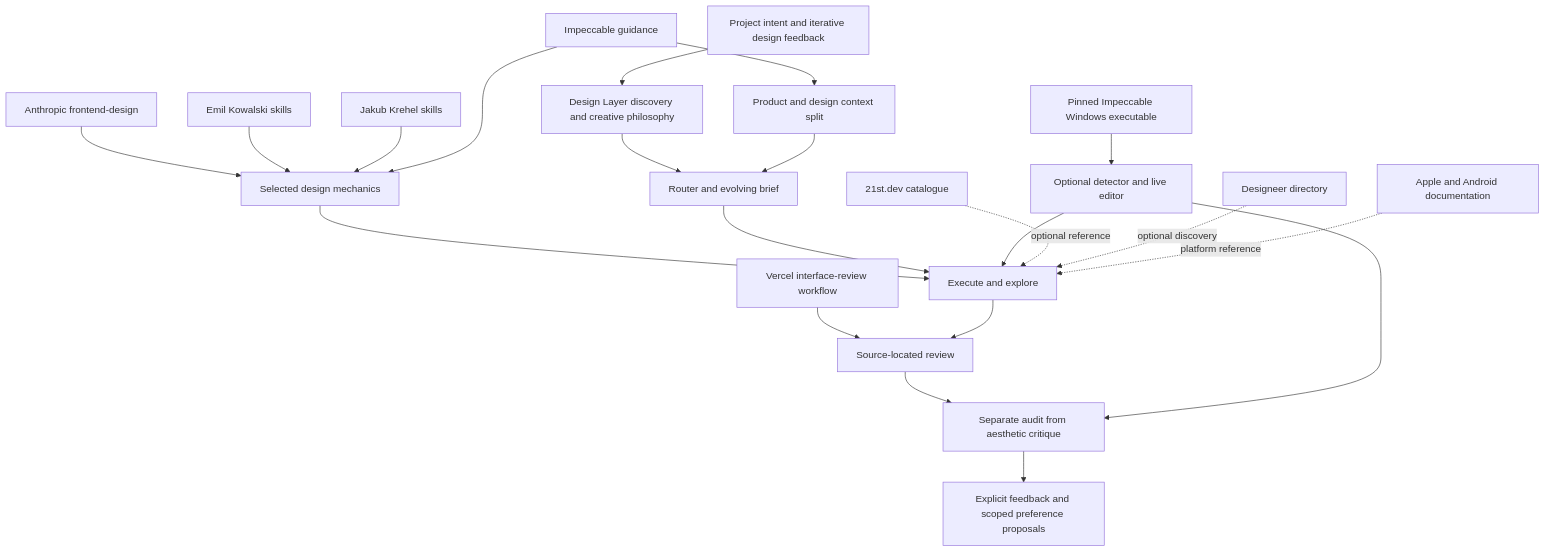
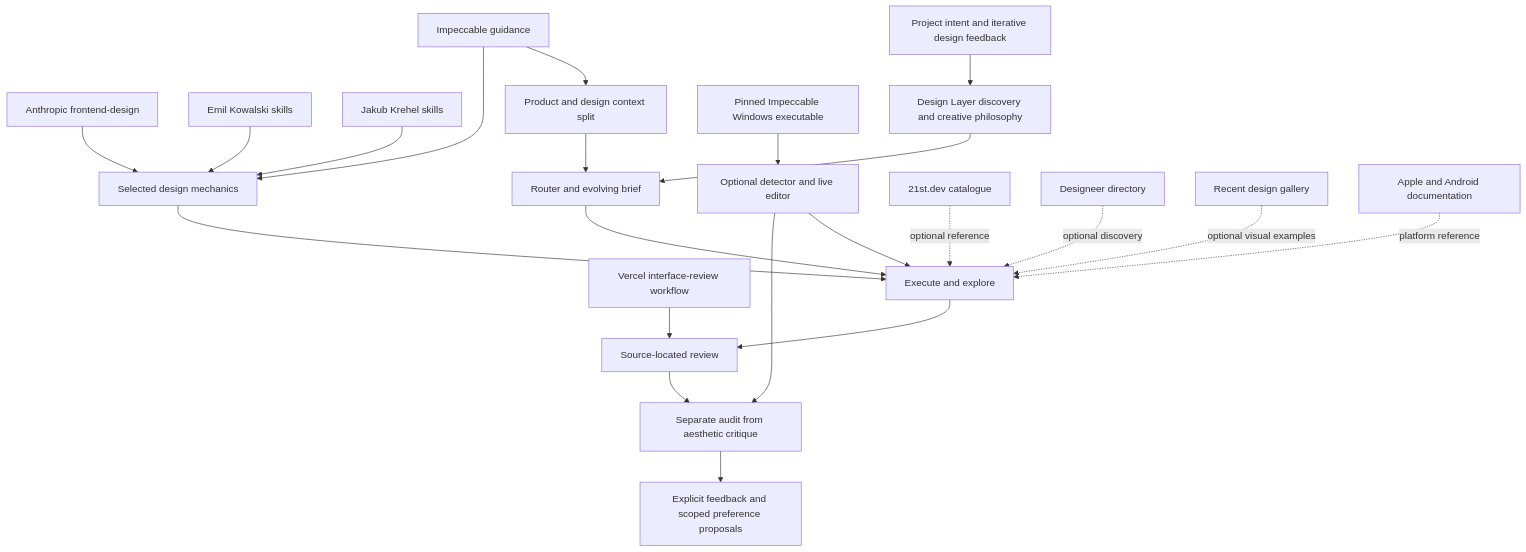
The diagram in docs/lineage.md (Barncore/design-layer), drawn with Mermaid before and after one commit. The commit also changed other lines of this file and 5 other files, not shown here.

Commit message:
Add Recent visual reference guidance

````diff
--- a/docs/lineage.md
+++ b/docs/lineage.md
@@ -5,23 +5,24 @@
 ```mermaid
 flowchart TD
     A[Anthropic frontend-design] --> M[Selected design mechanics]
     E[Emil Kowalski skills] --> M
     J[Jakub Krehel skills] --> M
     V[Vercel interface-review workflow] --> Q[Source-located review]
     I[Impeccable guidance] --> M
     I --> C[Product and design context split]
     P[Project intent and iterative design feedback] --> D[Design Layer discovery and creative philosophy]
     M --> X[Execute and explore]
     D --> R[Router and evolving brief]
     C --> R
     R --> X
     X --> Q
     Q --> B[Separate audit from aesthetic critique]
     B --> F[Explicit feedback and scoped preference proposals]
     T[Pinned Impeccable Windows executable] --> O[Optional detector and live editor]
     O --> B
     O --> X
     K[21st.dev catalogue] -. optional reference .-> X
     S[Designeer directory] -. optional discovery .-> X
+    U[Recent design gallery] -. optional visual examples .-> X
     N[Apple and Android documentation] -. platform reference .-> X
 ```
````
